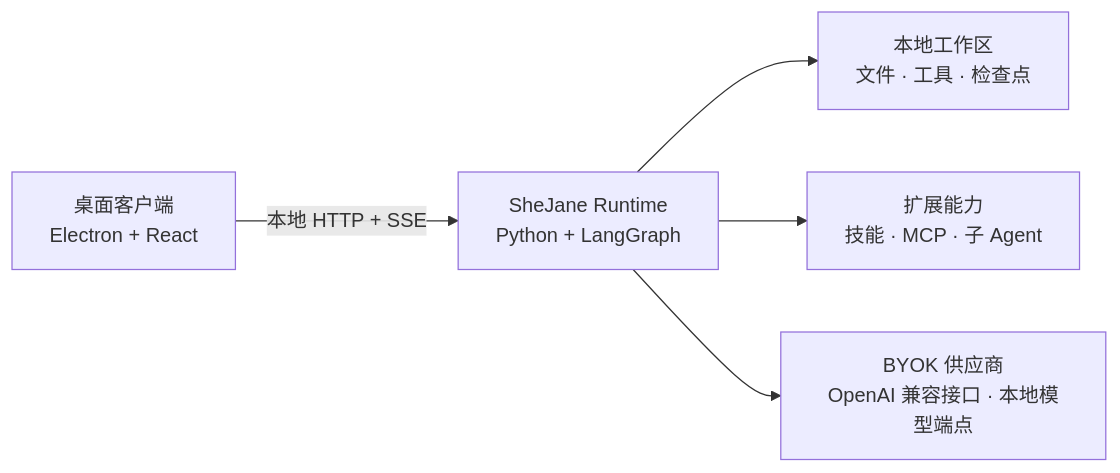
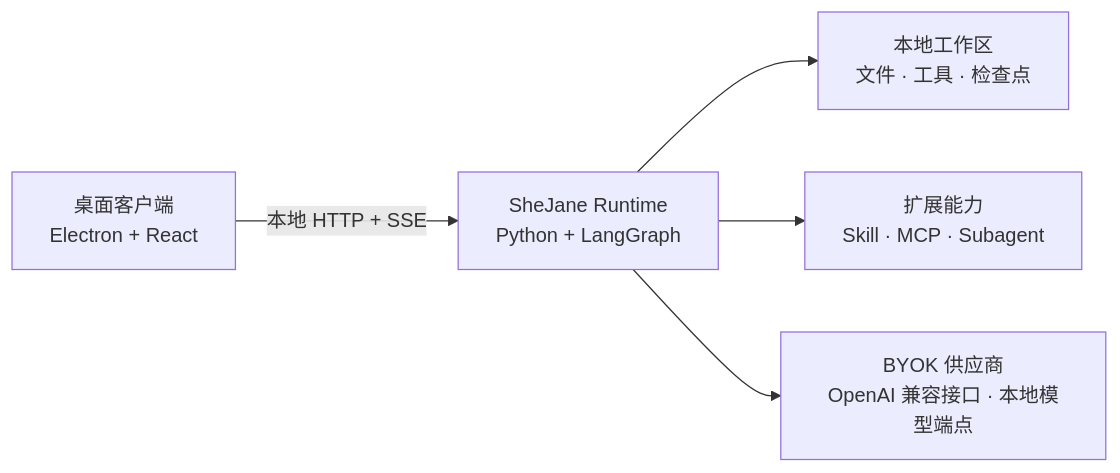
Before and after one commit to jimmyrogue/SheJane: the diagram in README.zh-CN.md, drawn with Mermaid. The commit also changed other lines of this file and 21 other files, not shown here.

````diff
--- a/README.zh-CN.md
+++ b/README.zh-CN.md
@@ -26,7 +26,7 @@
 ```mermaid
 flowchart LR
     D["桌面客户端<br/>Electron + React"] -->|"本地 HTTP + SSE"| R["SheJane Runtime<br/>Python + LangGraph"]
     R --> W["本地工作区<br/>文件 · 工具 · 检查点"]
-    R --> E["扩展能力<br/>技能 · MCP · 子 Agent"]
+    R --> E["扩展能力<br/>Skill · MCP · Subagent"]
     R --> B["BYOK 供应商<br/>OpenAI 兼容接口 · 本地模型端点"]
 ```
````
